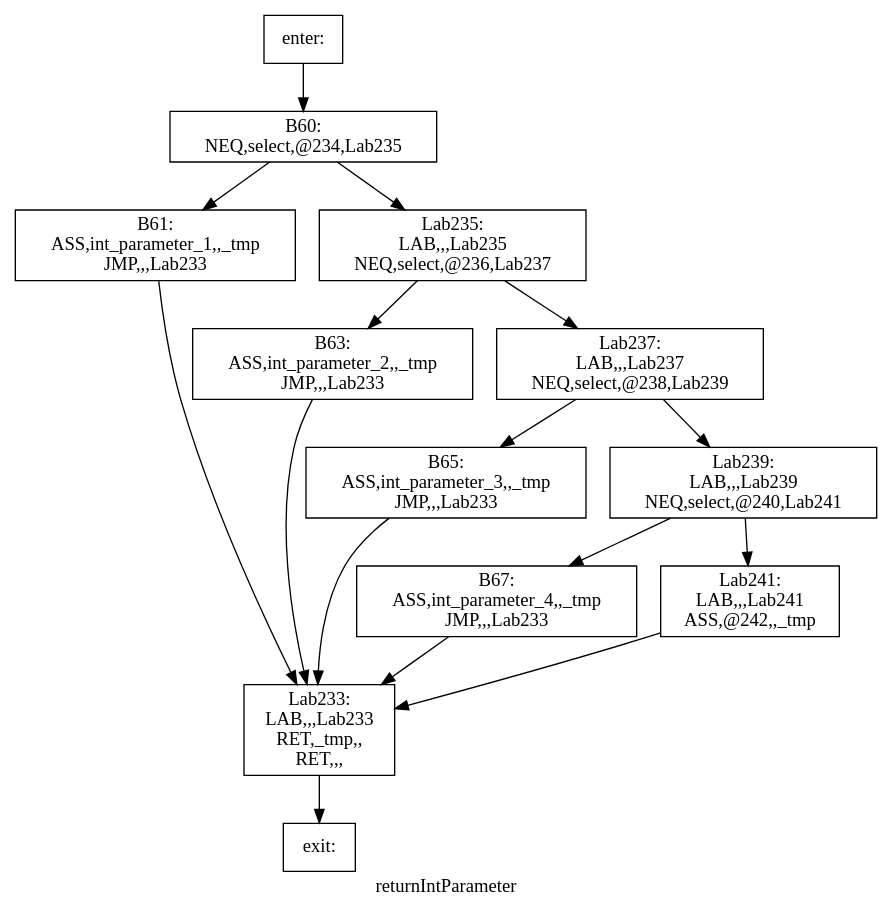
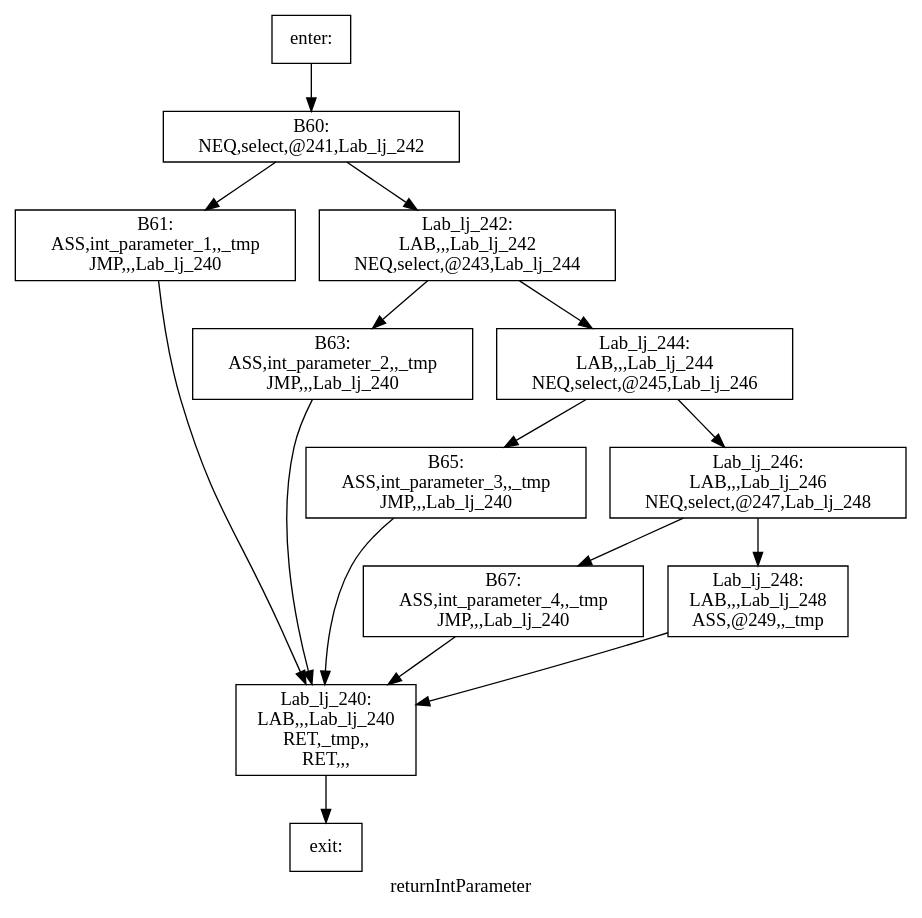
One commit to yifan123/Compiler changed the diagram in Compiler/basic_block/dot/returnIntParameter.dot. Above: the diagram before and after it, drawn with Graphviz. The commit also changed 392 other files, not shown here.

Commit message:
完工，做了以下优化： 1. 常量折叠 2. 划分基本块并使用graphviz绘制控制流图 3. 在parser时直接将所有常量的值计算出来 4. 到达定义分析，计算d-u链和活跃变量分析 5. 构建冲突图，图着色 6. 全局寄存器分配加寄存器池 7.栈传参改为寄存器传参

```diff
--- a/Compiler/basic_block/dot/returnIntParameter.dot
+++ b/Compiler/basic_block/dot/returnIntParameter.dot
@@ -1,30 +1,30 @@
 digraph returnIntParameter{
 label =returnIntParameter
-B60[label="B60:\nNEQ,select,@234,Lab235\n" shape=box]
-B61[label="B61:\nASS,int_parameter_1,,_tmp\nJMP,,,Lab233\n" shape=box]
-B63[label="B63:\nASS,int_parameter_2,,_tmp\nJMP,,,Lab233\n" shape=box]
-B65[label="B65:\nASS,int_parameter_3,,_tmp\nJMP,,,Lab233\n" shape=box]
-B67[label="B67:\nASS,int_parameter_4,,_tmp\nJMP,,,Lab233\n" shape=box]
-Lab233[label="Lab233:\nLAB,,,Lab233\nRET,_tmp,,\nRET,,,\n" shape=box]
-Lab235[label="Lab235:\nLAB,,,Lab235\nNEQ,select,@236,Lab237\n" shape=box]
-Lab237[label="Lab237:\nLAB,,,Lab237\nNEQ,select,@238,Lab239\n" shape=box]
-Lab239[label="Lab239:\nLAB,,,Lab239\nNEQ,select,@240,Lab241\n" shape=box]
-Lab241[label="Lab241:\nLAB,,,Lab241\nASS,@242,,_tmp\n" shape=box]
+B60[label="B60:\nNEQ,select,@241,Lab_lj_242\n" shape=box]
+B61[label="B61:\nASS,int_parameter_1,,_tmp\nJMP,,,Lab_lj_240\n" shape=box]
+B63[label="B63:\nASS,int_parameter_2,,_tmp\nJMP,,,Lab_lj_240\n" shape=box]
+B65[label="B65:\nASS,int_parameter_3,,_tmp\nJMP,,,Lab_lj_240\n" shape=box]
+B67[label="B67:\nASS,int_parameter_4,,_tmp\nJMP,,,Lab_lj_240\n" shape=box]
+Lab_lj_240[label="Lab_lj_240:\nLAB,,,Lab_lj_240\nRET,_tmp,,\nRET,,,\n" shape=box]
+Lab_lj_242[label="Lab_lj_242:\nLAB,,,Lab_lj_242\nNEQ,select,@243,Lab_lj_244\n" shape=box]
+Lab_lj_244[label="Lab_lj_244:\nLAB,,,Lab_lj_244\nNEQ,select,@245,Lab_lj_246\n" shape=box]
+Lab_lj_246[label="Lab_lj_246:\nLAB,,,Lab_lj_246\nNEQ,select,@247,Lab_lj_248\n" shape=box]
+Lab_lj_248[label="Lab_lj_248:\nLAB,,,Lab_lj_248\nASS,@249,,_tmp\n" shape=box]
 enter[label="enter:\n" shape=box]
 exit[label="exit:\n" shape=box]
 B60->B61
-B60->Lab235
-B61->Lab233
-B63->Lab233
-B65->Lab233
-B67->Lab233
-Lab233->exit
-Lab235->B63
-Lab235->Lab237
-Lab237->B65
-Lab237->Lab239
-Lab239->B67
-Lab239->Lab241
-Lab241->Lab233
+B60->Lab_lj_242
+B61->Lab_lj_240
+B63->Lab_lj_240
+B65->Lab_lj_240
+B67->Lab_lj_240
+Lab_lj_240->exit
+Lab_lj_242->B63
+Lab_lj_242->Lab_lj_244
+Lab_lj_244->B65
+Lab_lj_244->Lab_lj_246
+Lab_lj_246->B67
+Lab_lj_246->Lab_lj_248
+Lab_lj_248->Lab_lj_240
 enter->B60
 }
```
